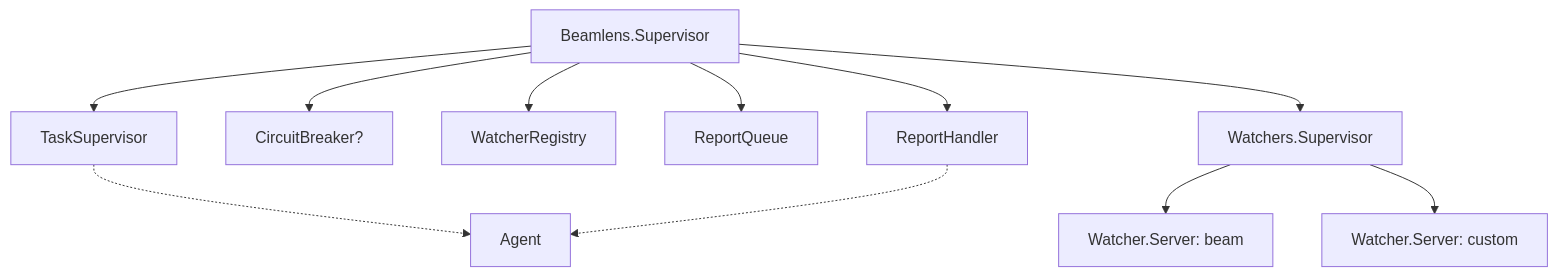
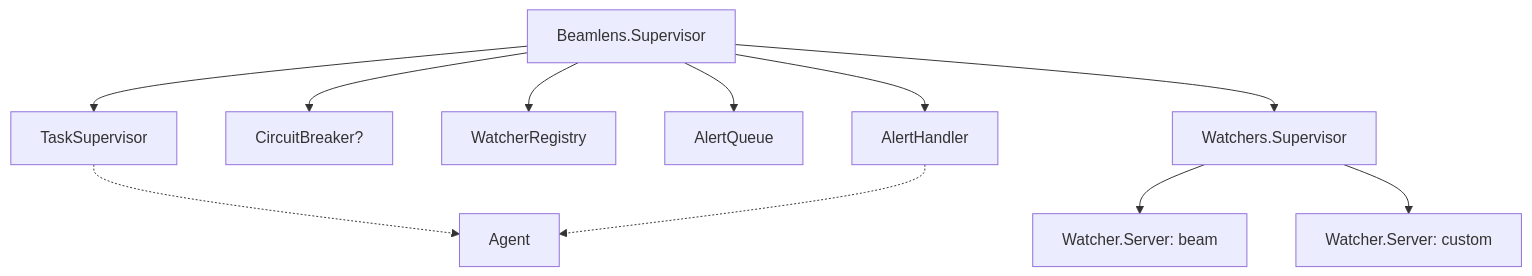
The first of 3 diagrams in docs/architecture.md (beamlens/beamlens), drawn with Mermaid before and after one commit. The commit also changed other lines of this file and 28 other files, not shown here.

First line of the commit message:
Rename Report to Alert and fix documentation

````diff
--- a/docs/architecture.md
+++ b/docs/architecture.md
@@ -30,16 +15,16 @@
 ```mermaid
 graph TD
     S[Beamlens.Supervisor]
     S --> TS[TaskSupervisor]
     S --> CB[CircuitBreaker?]
     S --> WR[WatcherRegistry]
-    S --> RQ[ReportQueue]
+    S --> AQ[AlertQueue]
     S --> WS[Watchers.Supervisor]
-    S --> RH[ReportHandler]
+    S --> AH[AlertHandler]
 
     WS --> W1[Watcher.Server: beam]
     WS --> W2[Watcher.Server: custom]
 
     TS -.-> AG[Agent]
-    RH -.-> AG
+    AH -.-> AG
 ```
````
